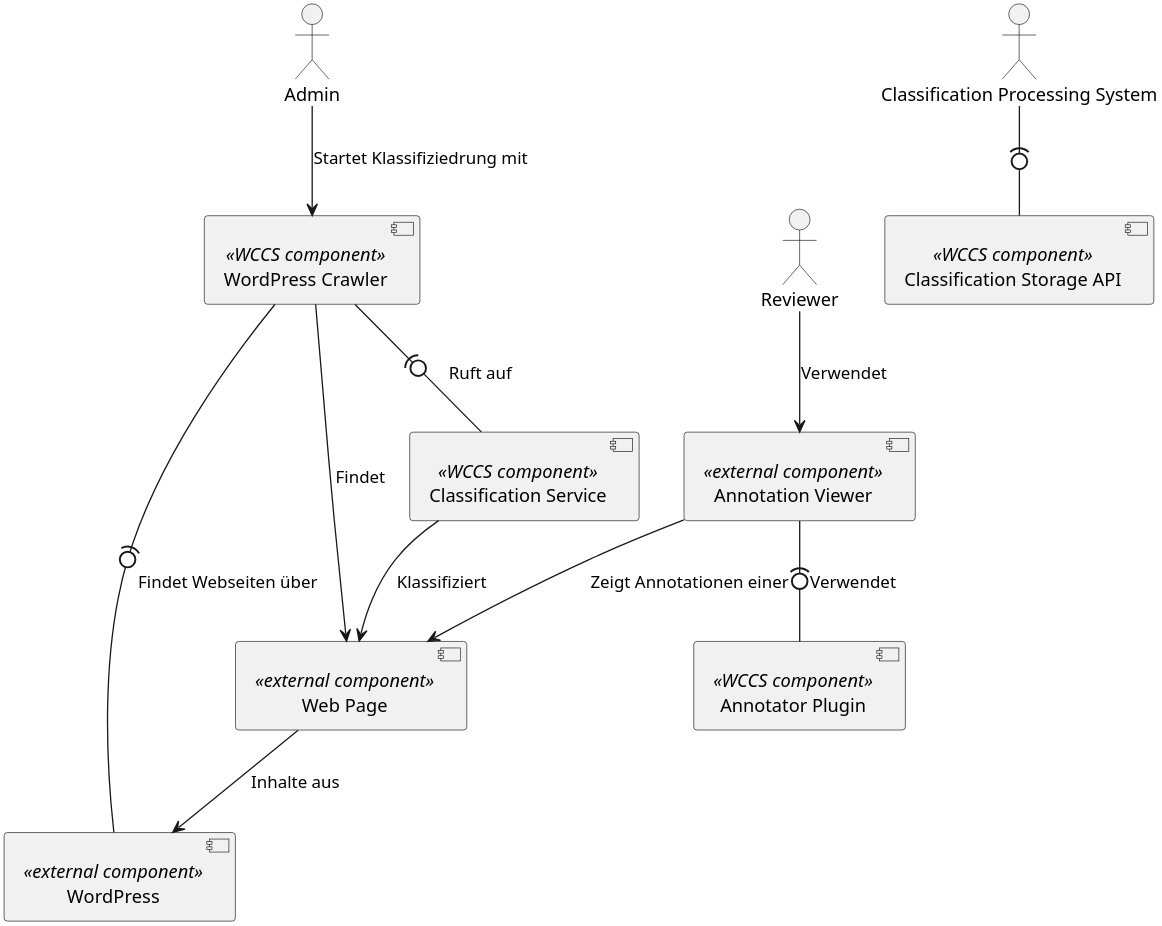
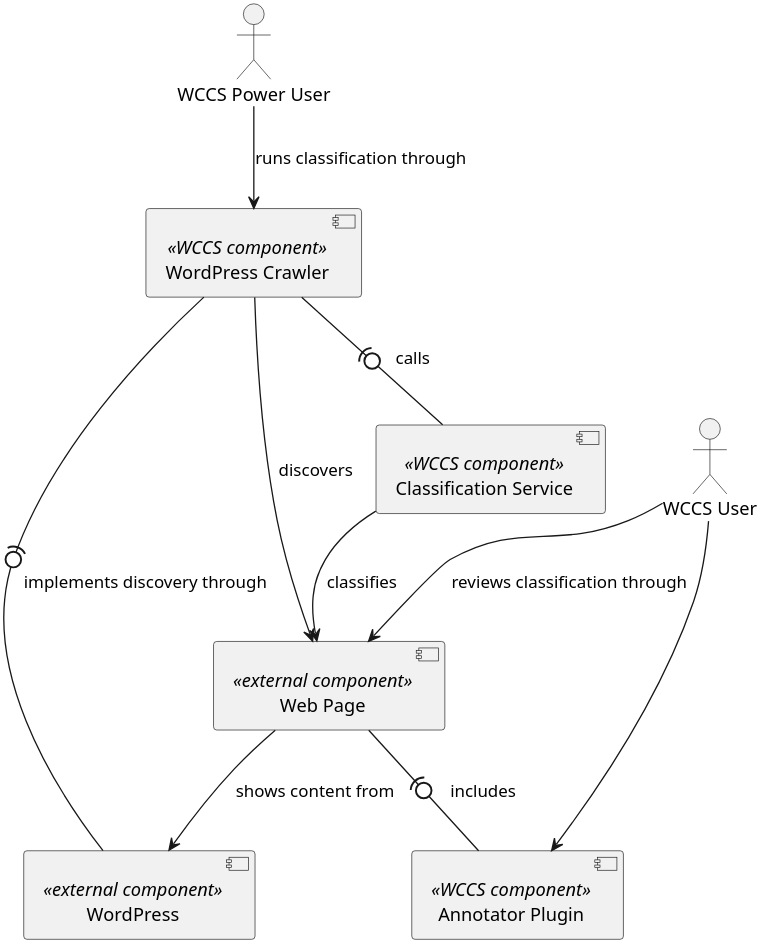
The diagram in src/main/resources/architecture/external_architecture.plantuml (TheGreyKoala/master-thesis), drawn with PlantUML before and after one commit. The commit also changed 9 other files, not shown here.

Commit message:
Formulate architecture

```diff
--- a/src/main/resources/architecture/external_architecture.plantuml
+++ b/src/main/resources/architecture/external_architecture.plantuml
@@ -1,32 +1,27 @@
 @startuml
 scale 3.25
 skinparam componentStyle uml2
 
-actor Admin
-actor "Classification Processing System" as classification_processing_system
-actor Reviewer
+actor "WCCS Power User" as Admin
+actor "WCCS User" as Reviewer
 
 ' External Components
-[Annotation Viewer] <<external component>> as annotation_viewer
 [WordPress] <<external component>> as wordpress
 [Web Page] <<external component>> as web_page
 
 ' WCCS Components
 [Annotator Plugin] <<WCCS component>> as annotator_plugin
 [Classification Service] <<WCCS component>> as classification_service
-[Classification Storage API] <<WCCS component>> as classification_storage_api
 [WordPress Crawler] <<WCCS component>> as wp_crawler
 
-
-Admin --> wp_crawler : Startet Klassifiziedrung mit
+Admin --> wp_crawler : runs classification through
 'Beziehung zwischen Annotator Plugin und Classification Service bewusst weggelassen
-annotation_viewer -(0- annotator_plugin : Verwendet
-annotation_viewer --> web_page : Zeigt Annotationen einer
-classification_processing_system -(0- classification_storage_api
-classification_service --> web_page : Klassifiziert
-Reviewer --> annotation_viewer : Verwendet
-web_page --> wordpress : Inhalte aus
-wp_crawler -(0- classification_service : Ruft auf
-wp_crawler --> web_page : Findet
-wp_crawler -(0- wordpress : Findet Webseiten über
+classification_service --> web_page : classifies
+Reviewer --> web_page : reviews classification through
+Reviewer --> annotator_plugin
+web_page --> wordpress : shows content from
+web_page -(0- annotator_plugin : includes
+wp_crawler -(0- classification_service : calls
+wp_crawler --> web_page : discovers
+wp_crawler -(0- wordpress : implements discovery through
 @enduml
```
